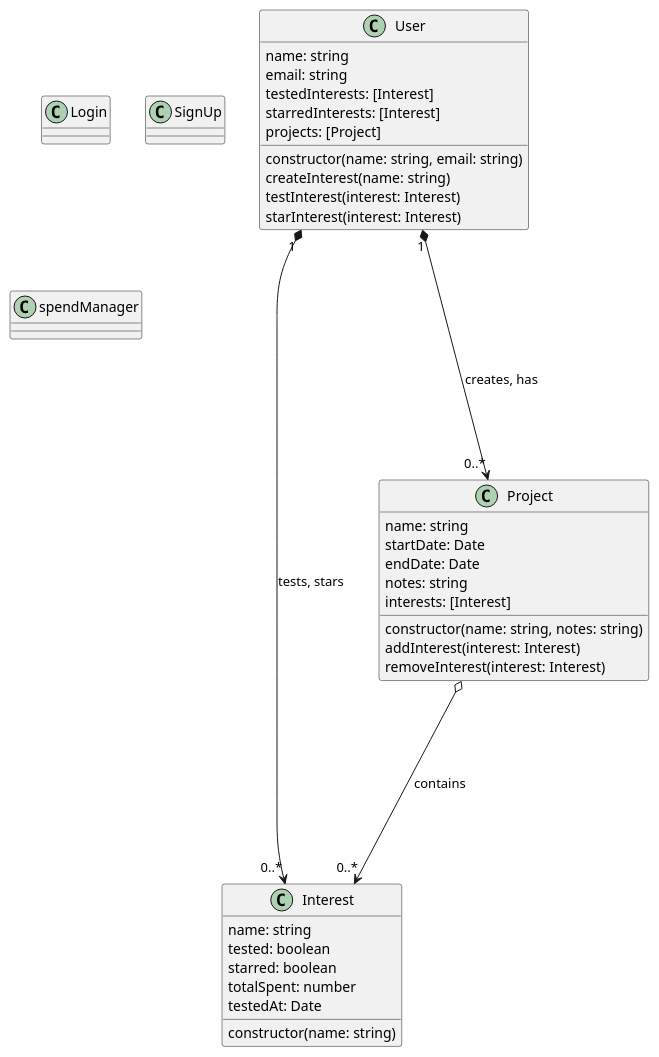
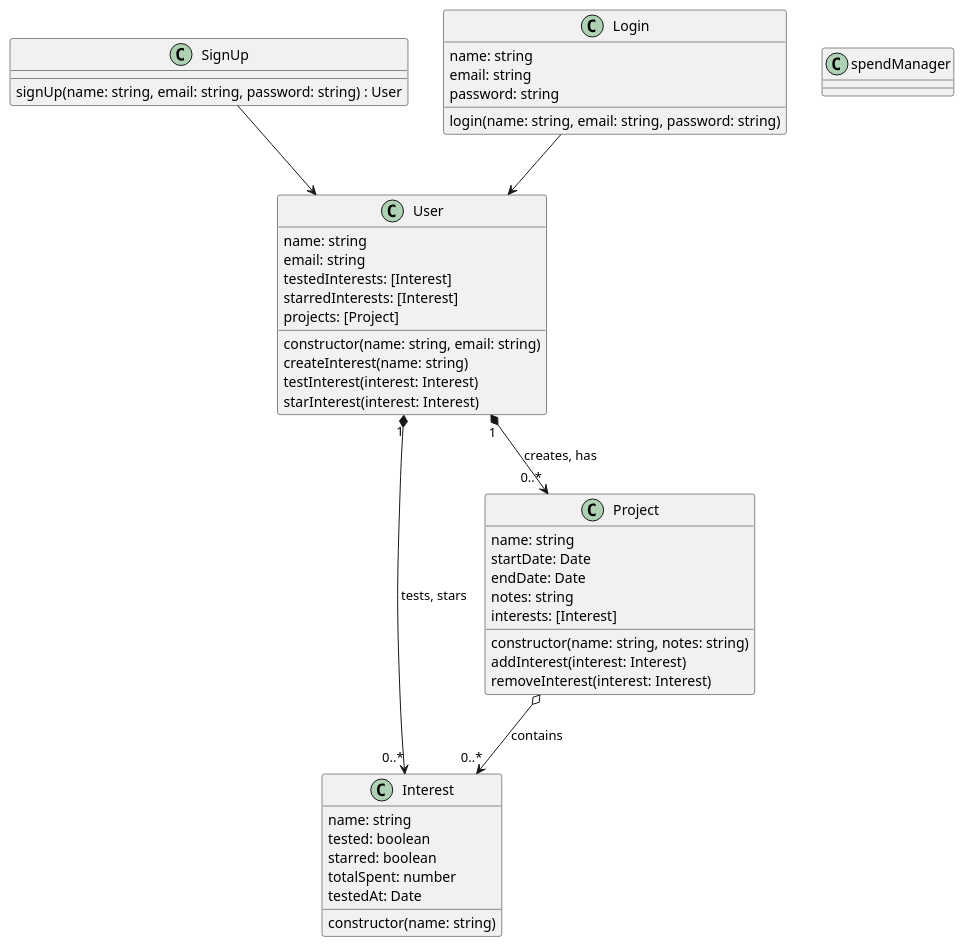
One commit to HauWv/interest-finder changed the diagram in architecture/class.puml. Above: the diagram before and after it, drawn with PlantUML.

Commit message:
Add Login and Signup classes to UML class diagram

```diff
--- a/architecture/class.puml
+++ b/architecture/class.puml
@@ -1,44 +1,54 @@
 @startuml Marketing-Project Class Diagram
 class User {
     name: string
     email: string
     testedInterests: [Interest]
     starredInterests: [Interest]
     projects: [Project]
     constructor(name: string, email: string)
     createInterest(name: string)
     testInterest(interest: Interest)
     starInterest(interest: Interest)
 }
 
 class Interest {
     name: string
     tested: boolean
     starred: boolean
     totalSpent: number
     testedAt: Date
     constructor(name: string)
 }
 
 class Project {
     name: string
     startDate: Date
     endDate: Date
     notes: string
     interests: [Interest]
     constructor(name: string, notes: string)
     addInterest(interest: Interest)
     removeInterest(interest: Interest)
 }
 
-class Login {}
+class SignUp {
+    signUp(name: string, email: string, password: string) : User
+}
 
-class SignUp {}
+class Login {
+    name: string
+    email: string
+    password: string
+    login(name: string, email: string, password: string)
+}
 
 class spendManager {}
 
-User "1" *----> "0..*" Interest : tests, stars
-User "1" *----> "0..*" Project : creates, has
-Project o----> "0..*" Interest : contains
+SignUp --> User
+Login --> User
+
+User "1" *--> "0..*" Interest : tests, stars
+User "1" *--> "0..*" Project : creates, has
+Project o--> "0..*" Interest : contains
 
 @enduml
```
